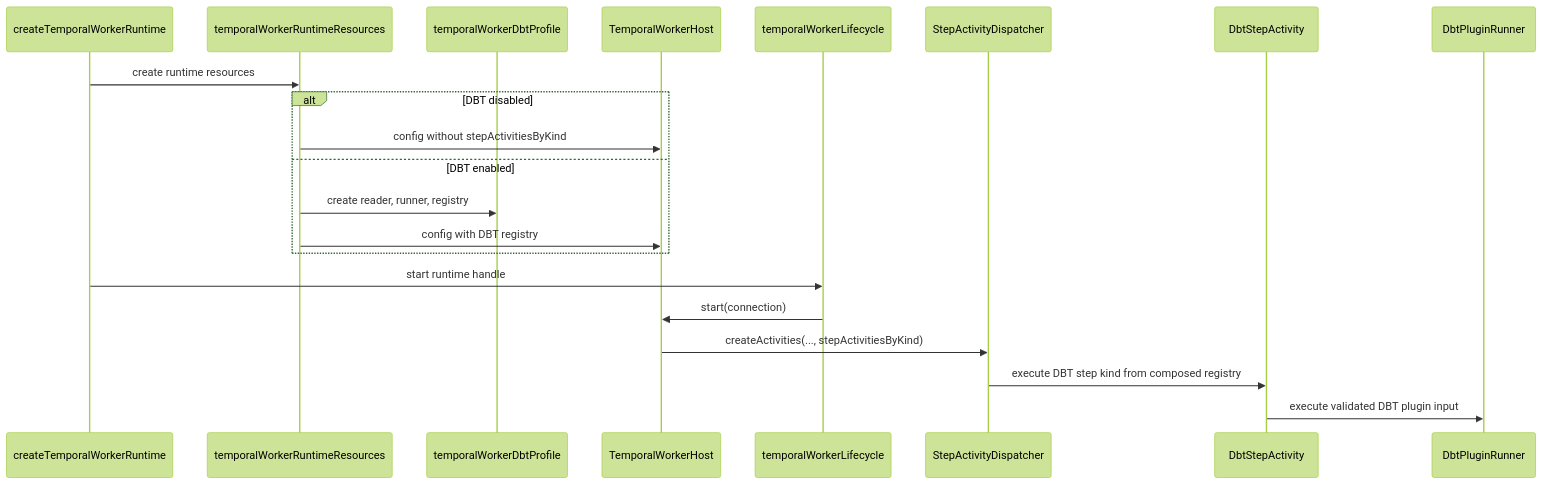
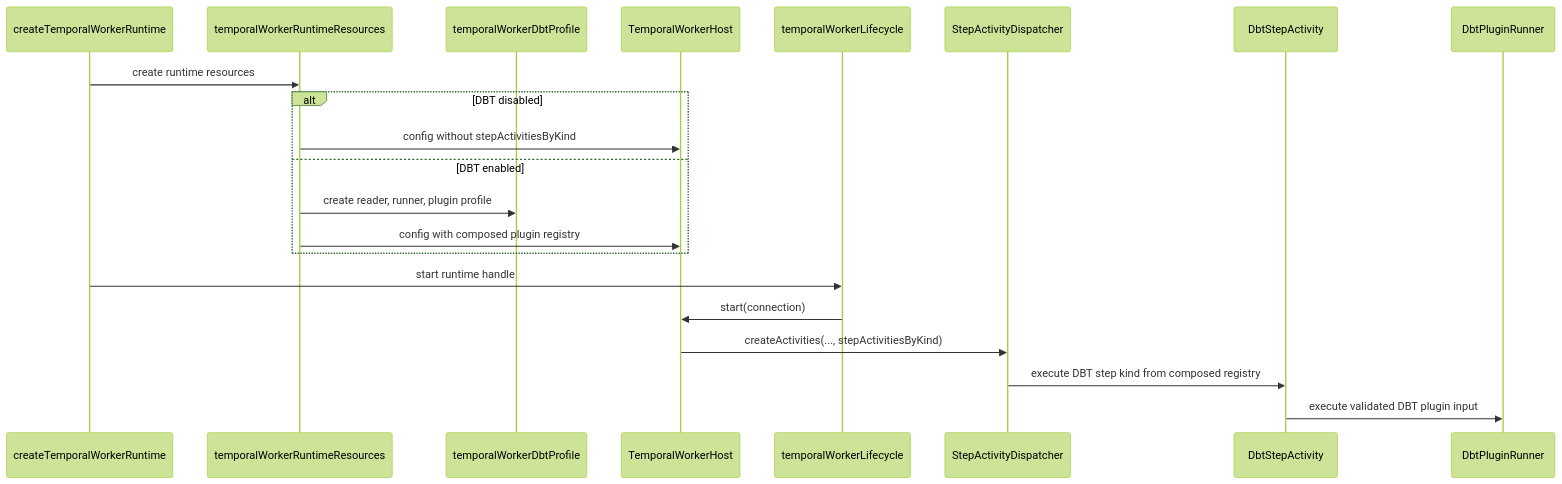
Before and after one commit to dunay2/dvt: the second of 2 diagrams in docs/architecture/components/engine/adapters/temporal/temporal-dbt-worker-plugin-profile.md, drawn with Mermaid (forest theme). The commit also changed other lines of this file and 22 other files, not shown here.

Commit message:
refactor(temporal): Isolate DBT behind plugin profile seam

````diff
--- a/docs/architecture/components/engine/adapters/temporal/temporal-dbt-worker-plugin-profile.md
+++ b/docs/architecture/components/engine/adapters/temporal/temporal-dbt-worker-plugin-profile.md
@@ -145,24 +158,24 @@
 ```mermaid
 sequenceDiagram
   participant Entry as createTemporalWorkerRuntime
   participant Resources as temporalWorkerRuntimeResources
   participant Profile as temporalWorkerDbtProfile
   participant Host as TemporalWorkerHost
   participant Lifecycle as temporalWorkerLifecycle
   participant Dispatcher as StepActivityDispatcher
   participant Dbt as DbtStepActivity
   participant Runner as DbtPluginRunner
 
   Entry->>Resources: create runtime resources
   alt DBT disabled
     Resources->>Host: config without stepActivitiesByKind
   else DBT enabled
-    Resources->>Profile: create reader, runner, registry
-    Resources->>Host: config with DBT registry
+    Resources->>Profile: create reader, runner, plugin profile
+    Resources->>Host: config with composed plugin registry
   end
   Entry->>Lifecycle: start runtime handle
   Lifecycle->>Host: start(connection)
   Host->>Dispatcher: createActivities(..., stepActivitiesByKind)
   Dispatcher->>Dbt: execute DBT step kind from composed registry
   Dbt->>Runner: execute validated DBT plugin input
 ```
````
